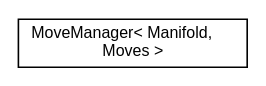
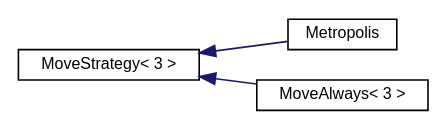
One commit to acgetchell/CDT-plusplus changed the diagram in inherit_graph_12.dot. Above: the diagram before and after it, drawn with Graphviz. The commit also changed 262 other files, not shown here.

```diff
--- a/inherit_graph_12.dot
+++ b/inherit_graph_12.dot
@@ -1,8 +1,12 @@
 digraph "Graphical Class Hierarchy"
 {
  // LATEX_PDF_SIZE
   edge [fontname="Helvetica",fontsize="10",labelfontname="Helvetica",labelfontsize="10"];
   node [fontname="Helvetica",fontsize="10",shape=record];
   rankdir="LR";
-  Node0 [label="MoveManager\< Manifold,\l Moves \>",height=0.2,width=0.4,color="black", fillcolor="white", style="filled",URL="$class_move_manager.html",tooltip="RAII Function object to handle moves."];
+  Node0 [label="MoveStrategy\< 3 \>",height=0.2,width=0.4,color="black", fillcolor="white", style="filled",URL="$class_move_strategy_3_013_01_4.html",tooltip=" "];
+  Node0 -> Node1 [dir="back",color="midnightblue",fontsize="10",style="solid",fontname="Helvetica"];
+  Node1 [label="Metropolis",height=0.2,width=0.4,color="black", fillcolor="white", style="filled",URL="$class_metropolis.html",tooltip="Metropolis-Hastings algorithm function object."];
+  Node0 -> Node2 [dir="back",color="midnightblue",fontsize="10",style="solid",fontname="Helvetica"];
+  Node2 [label="MoveAlways\< 3 \>",height=0.2,width=0.4,color="black", fillcolor="white", style="filled",URL="$class_move_always_3_013_01_4.html",tooltip=" "];
 }
```
